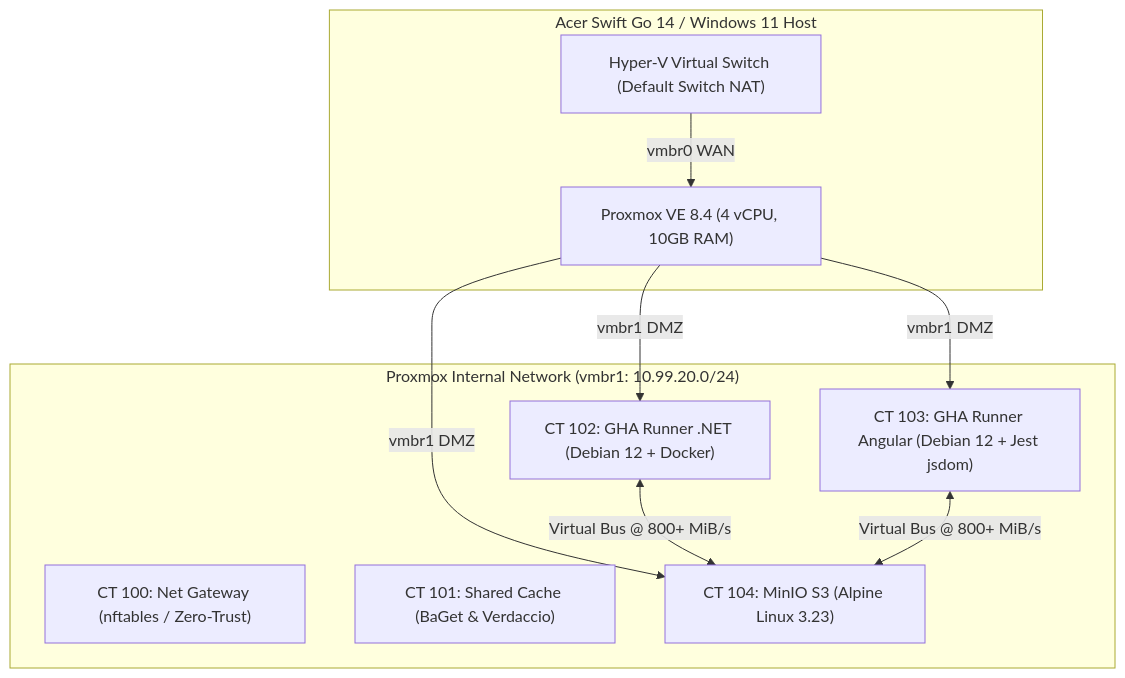
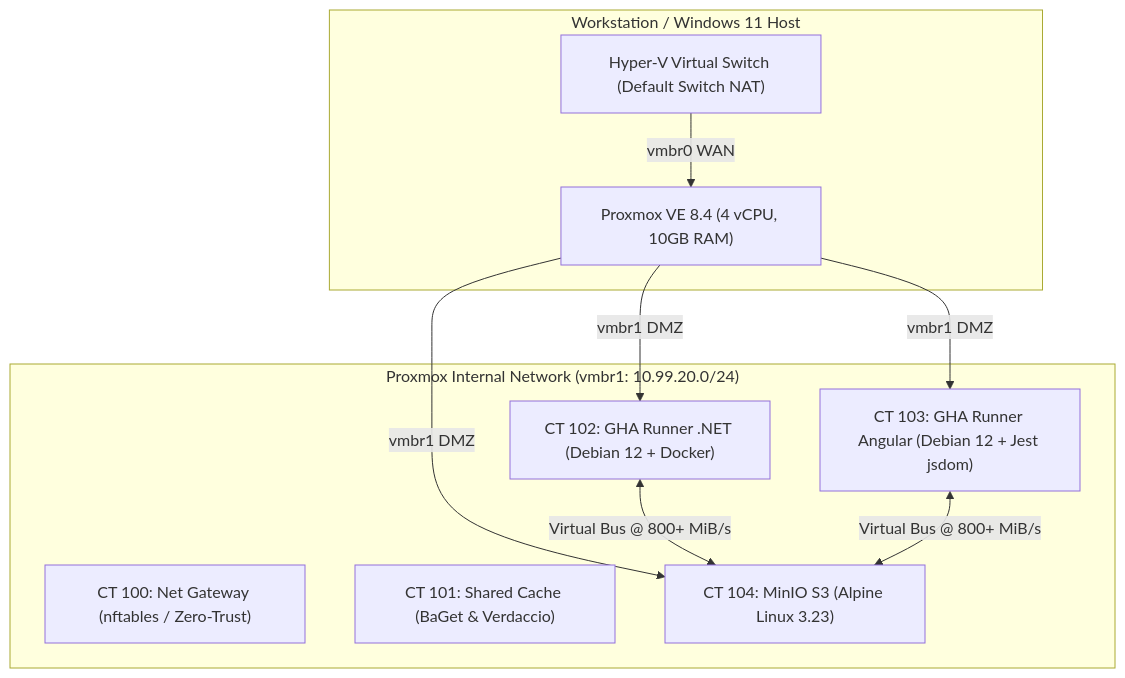
The diagram in wiki/Home.md (ugritchaichana/booth-homelab), drawn with Mermaid before and after one commit. The commit also changed 11 other files, not shown here.

````diff
--- a/wiki/Home.md
+++ b/wiki/Home.md
@@ -22,22 +22,22 @@
 ```mermaid
 graph TD
-    subgraph Host ["Acer Swift Go 14 / Windows 11 Host"]
+    subgraph Host ["Workstation / Windows 11 Host"]
         HV["Hyper-V Virtual Switch (Default Switch NAT)"]
         PVE["Proxmox VE 8.4 (4 vCPU, 10GB RAM)"]
     end
 
     subgraph Proxmox ["Proxmox Internal Network (vmbr1: 10.99.20.0/24)"]
         CT100["CT 100: Net Gateway (nftables / Zero-Trust)"]
         CT101["CT 101: Shared Cache (BaGet & Verdaccio)"]
         CT102["CT 102: GHA Runner .NET (Debian 12 + Docker)"]
         CT103["CT 103: GHA Runner Angular (Debian 12 + Jest jsdom)"]
         CT104["CT 104: MinIO S3 (Alpine Linux 3.23)"]
     end
 
     HV -->|vmbr0 WAN| PVE
     PVE -->|vmbr1 DMZ| CT102
     PVE -->|vmbr1 DMZ| CT103
     PVE -->|vmbr1 DMZ| CT104
     CT102 <-->|Virtual Bus @ 800+ MiB/s| CT104
     CT103 <-->|Virtual Bus @ 800+ MiB/s| CT104
 ```
````
